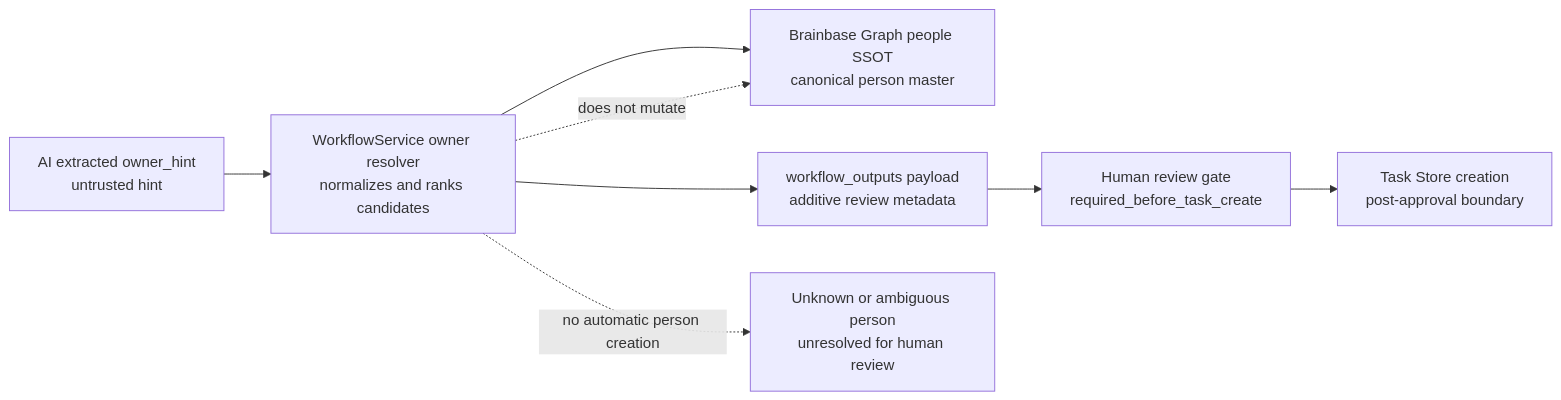
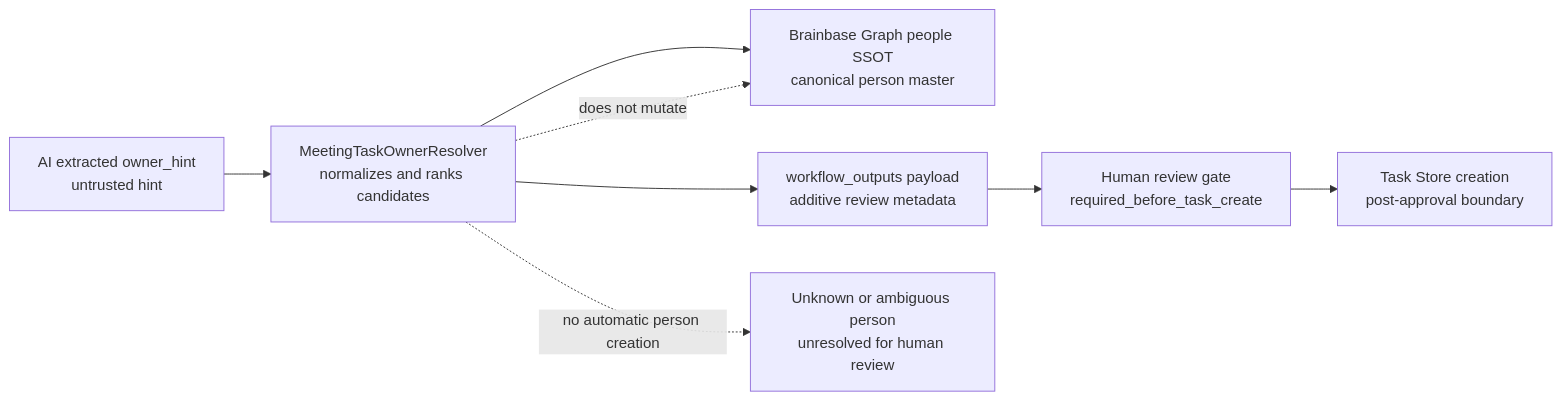
The third of 3 diagrams in docs/architecture/meeting-task-owner-ssot-resolution-architecture.md (Unson-LLC/brainbase), drawn with Mermaid before and after one commit. The commit also changed other lines of this file and 9 other files, not shown here.

````diff
--- a/docs/architecture/meeting-task-owner-ssot-resolution-architecture.md
+++ b/docs/architecture/meeting-task-owner-ssot-resolution-architecture.md
@@ -61,10 +61,10 @@
 ```mermaid
 flowchart LR
-  ai["AI extracted owner_hint<br/>untrusted hint"] --> resolver["WorkflowService owner resolver<br/>normalizes and ranks candidates"]
+  ai["AI extracted owner_hint<br/>untrusted hint"] --> resolver["MeetingTaskOwnerResolver<br/>normalizes and ranks candidates"]
   resolver --> ssot["Brainbase Graph people SSOT<br/>canonical person master"]
   resolver --> output["workflow_outputs payload<br/>additive review metadata"]
   output --> gate["Human review gate<br/>required_before_task_create"]
   gate --> task["Task Store creation<br/>post-approval boundary"]
   resolver -. "no automatic person creation" .-> blocked["Unknown or ambiguous person<br/>unresolved for human review"]
   resolver -. "does not mutate" .-> ssot
 ```
````
